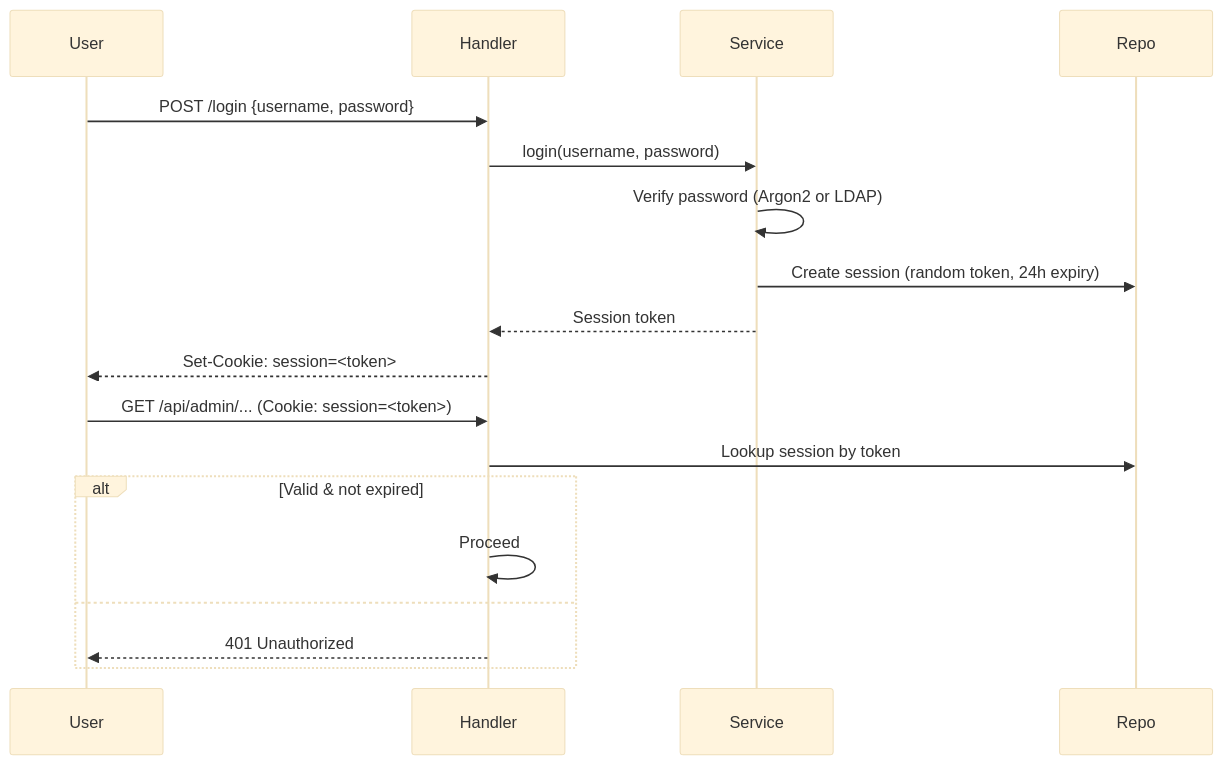
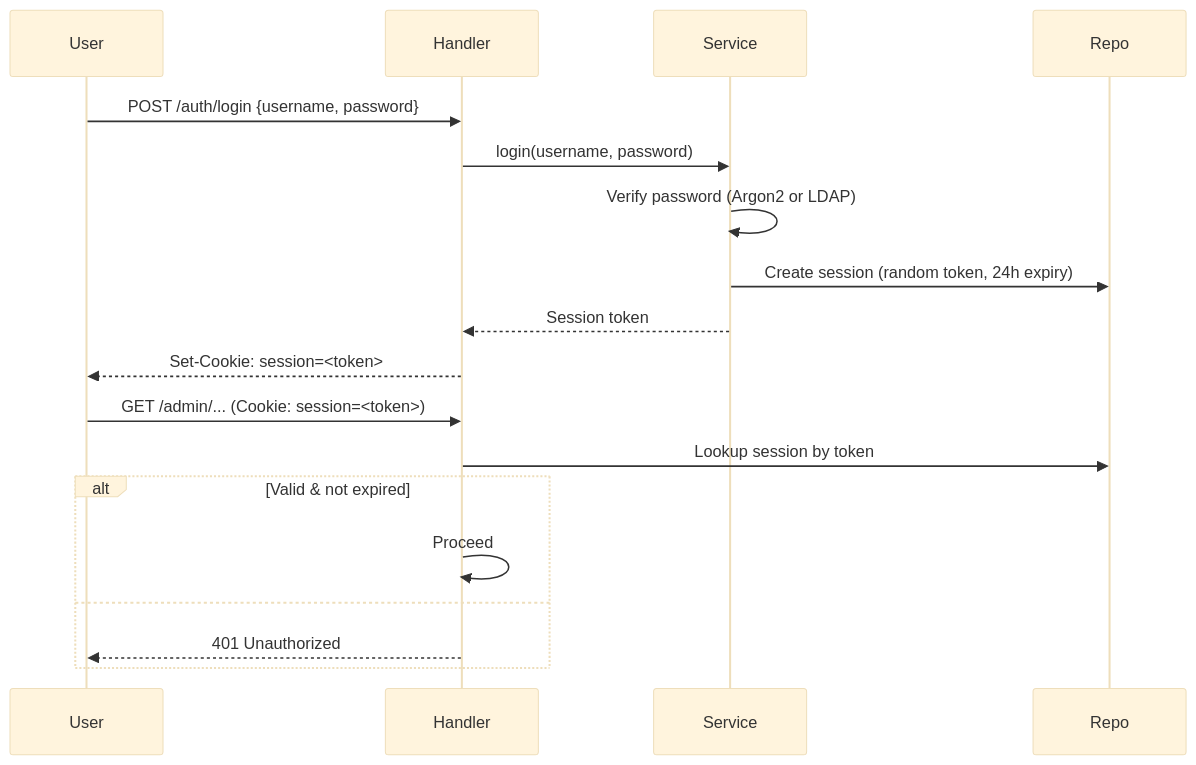
The fifth of 7 diagrams in docs/developer-guide.md (paxel/sanshain-service), drawn with Mermaid (base theme) before and after one commit. The commit also changed other lines of this file and 10 other files, not shown here.

````diff
--- a/docs/developer-guide.md
+++ b/docs/developer-guide.md
@@ -199,22 +199,22 @@
 ```mermaid
 sequenceDiagram
     participant User
     participant Handler
     participant Service
     participant Repo
 
-    User->>Handler: POST /login {username, password}
+    User->>Handler: POST /auth/login {username, password}
     Handler->>Service: login(username, password)
     Service->>Service: Verify password (Argon2 or LDAP)
     Service->>Repo: Create session (random token, 24h expiry)
     Service-->>Handler: Session token
     Handler-->>User: Set-Cookie: session=<token>
 
-    User->>Handler: GET /api/admin/... (Cookie: session=<token>)
+    User->>Handler: GET /admin/... (Cookie: session=<token>)
     Handler->>Repo: Lookup session by token
     alt Valid & not expired
         Handler->>Handler: Proceed
     else
         Handler-->>User: 401 Unauthorized
     end
 ```
````
